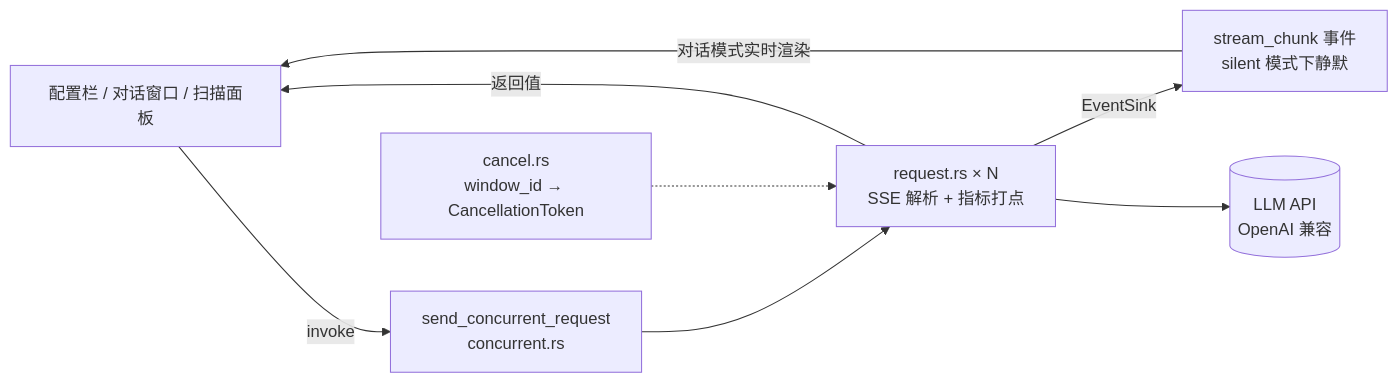
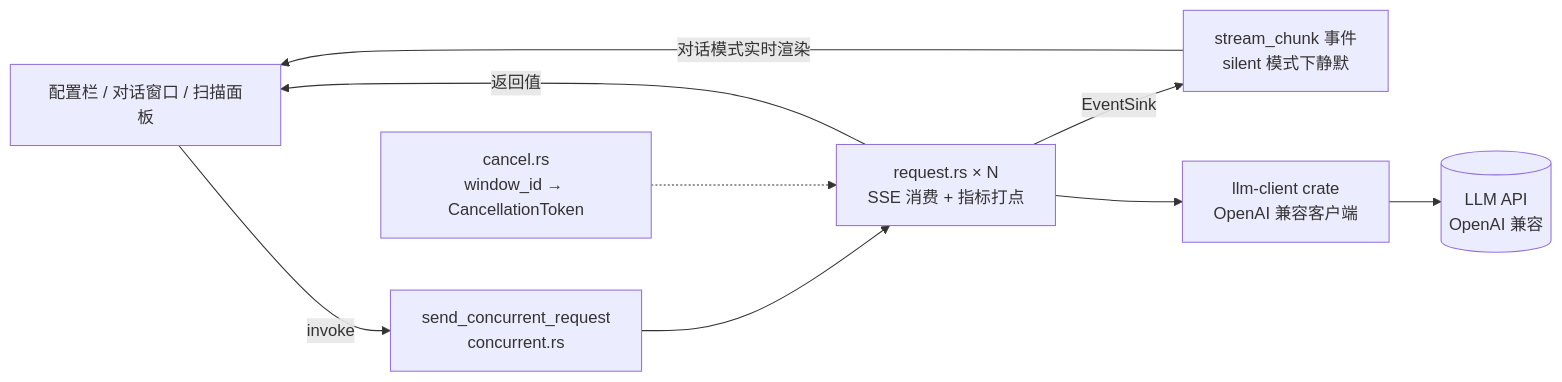
One commit to ieayoio/llmperf changed the diagram in README.md. Above: the diagram before and after it, drawn with Mermaid. The commit also changed other lines of this file and 24 other files, not shown here.

First line of the commit message:
把 LLM 调用抽成独立 crate llm-client 并补齐通用能力

````diff
--- a/README.md
+++ b/README.md
@@ -205,10 +205,11 @@
 ```mermaid
 flowchart LR
     UI["配置栏 / 对话窗口 / 扫描面板"] -->|invoke| CMD["send_concurrent_request<br/>concurrent.rs"]
-    CMD --> R1["request.rs × N<br/>SSE 解析 + 指标打点"]
+    CMD --> R1["request.rs × N<br/>SSE 消费 + 指标打点"]
     R1 -->|EventSink| EV["stream_chunk 事件<br/>silent 模式下静默"]
     EV -->|对话模式实时渲染| UI
-    R1 --> API[("LLM API<br/>OpenAI 兼容")]
+    R1 --> CLIENT["llm-client crate<br/>OpenAI 兼容客户端"]
+    CLIENT --> API[("LLM API<br/>OpenAI 兼容")]
     CANCEL["cancel.rs<br/>window_id → CancellationToken"] -.-> R1
     R1 -->|返回值| UI
 ```
````
